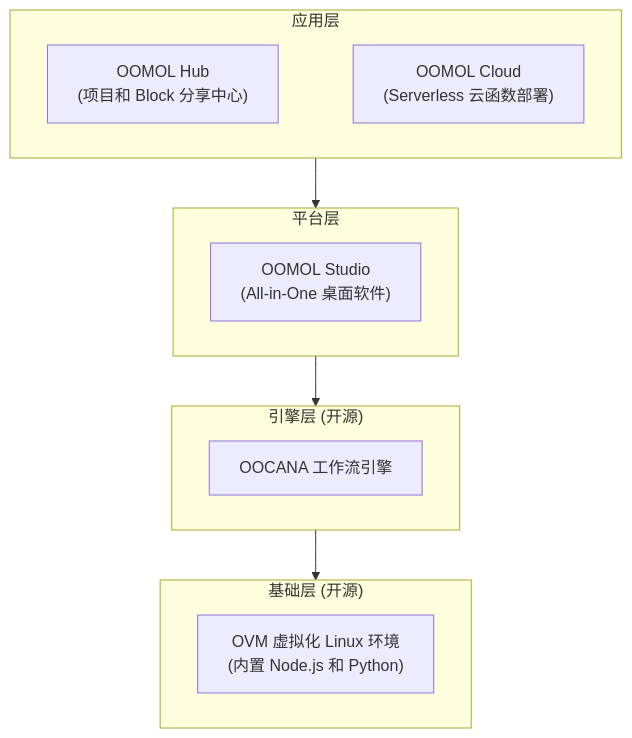
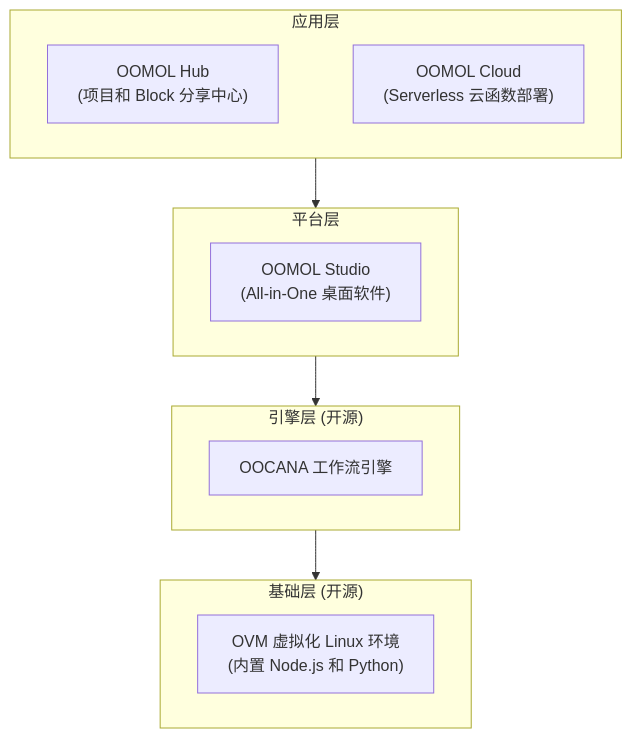
One commit to oomol/oomol.com changed the diagram in i18n/zh-CN/docusaurus-plugin-content-docs/current/overview.mdx. Above: the diagram before and after it, drawn with Mermaid. The commit also changed 2 other files, not shown here.

Commit message:
refactor: simplify Mermaid diagram styles in custom.scss and update diagram syntax in overview.mdx

````diff
--- a/i18n/zh-CN/docusaurus-plugin-content-docs/current/overview.mdx
+++ b/i18n/zh-CN/docusaurus-plugin-content-docs/current/overview.mdx
@@ -52,23 +52,22 @@
 ```mermaid
-%%{init: { "flowchart": { "htmlLabels": false } }}%%
-flowchart TB
+graph TB
     subgraph Layer4["应用层"]
         Hub["OOMOL Hub<br/>(项目和 Block 分享中心)"] ~~~ Cloud["OOMOL Cloud<br/>(Serverless 云函数部署)"]
     end
 
     subgraph Layer3["平台层"]
         Studio["OOMOL Studio<br/>(All-in-One 桌面软件)"]
     end
 
     subgraph Layer2["引擎层 (开源)"]
         Oocana["OOCANA 工作流引擎"]
     end
 
     subgraph Layer1["基础层 (开源)"]
         OVM["OVM 虚拟化 Linux 环境<br/>(内置 Node.js 和 Python)"]
     end
 
     Layer4 --> Layer3
     Layer3 --> Layer2
     Layer2 --> Layer1
 ```
````
